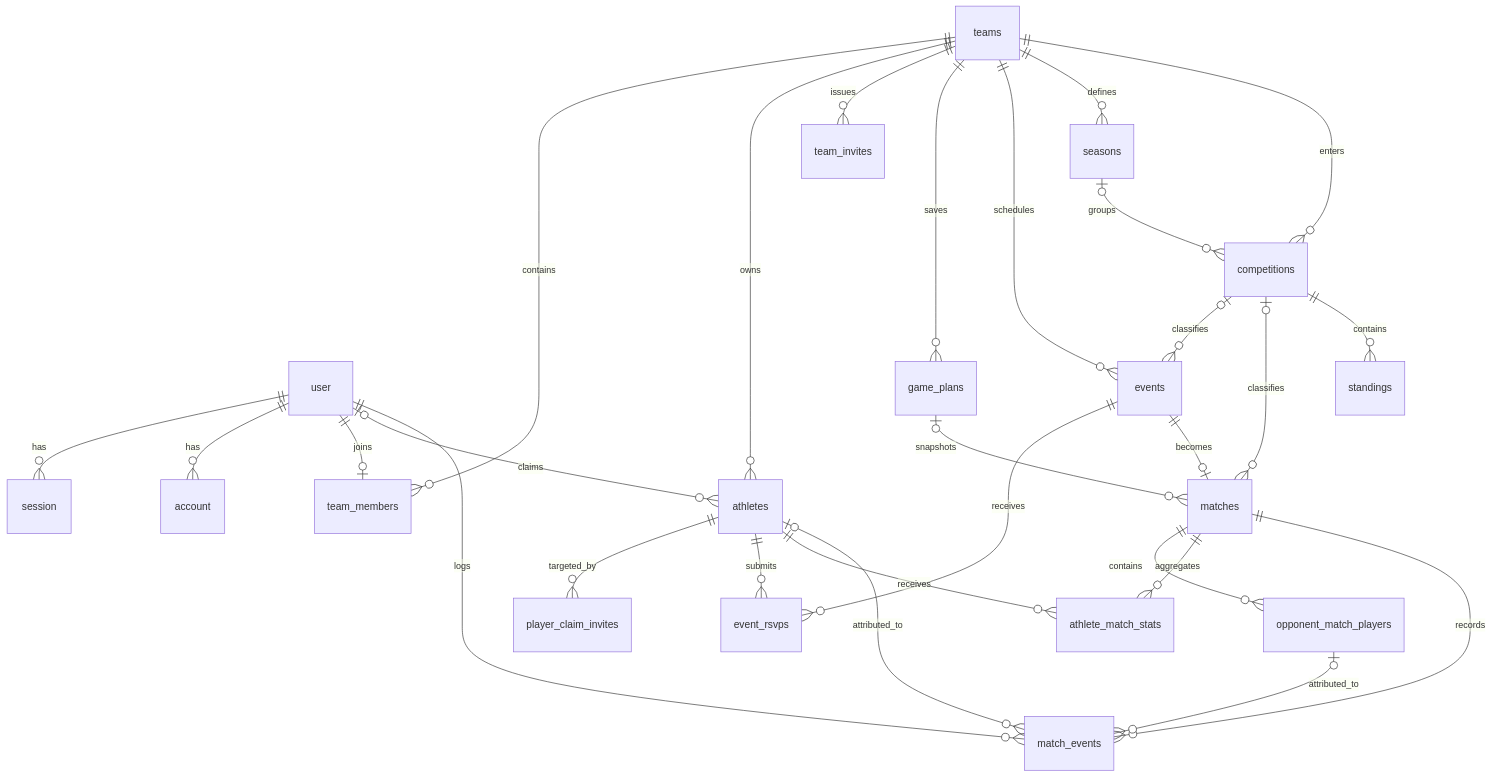
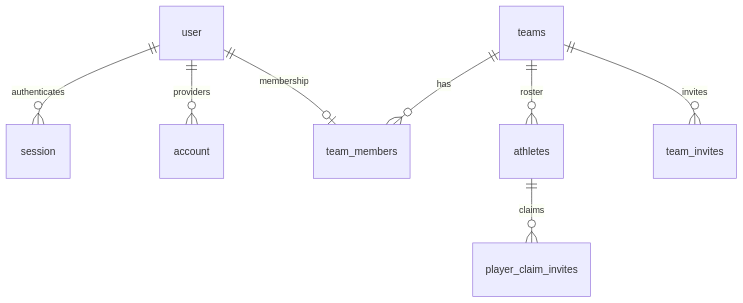
One commit to nayan-m15/SDP-Project-Documentation changed the first of 6 diagrams in docs/Architecture/data/database-schema.md. Above: the diagram before and after it, drawn with Mermaid. The commit also changed other lines of this file and 22 other files, not shown here.

First line of the commit message:
Rework architecture docs for current source

````diff
--- a/docs/Architecture/data/database-schema.md
+++ b/docs/Architecture/data/database-schema.md
@@ -9,30 +11,10 @@
 ```mermaid
 erDiagram
-  user ||--o{ session : has
-  user ||--o{ account : has
-  user ||--o| team_members : joins
-  teams ||--o{ team_members : contains
-  teams ||--o{ athletes : owns
-  user o|--o{ athletes : claims
-  athletes ||--o{ player_claim_invites : targeted_by
-  teams ||--o{ team_invites : issues
-  teams ||--o{ game_plans : saves
-  teams ||--o{ events : schedules
-  events ||--o{ event_rsvps : receives
-  athletes ||--o{ event_rsvps : submits
-  teams ||--o{ seasons : defines
-  teams ||--o{ competitions : enters
-  seasons o|--o{ competitions : groups
-  competitions o|--o{ events : classifies
-  events ||--o| matches : becomes
-  competitions o|--o{ matches : classifies
-  game_plans o|--o{ matches : snapshots
-  matches ||--o{ opponent_match_players : contains
-  matches ||--o{ athlete_match_stats : aggregates
-  athletes ||--o{ athlete_match_stats : receives
-  competitions ||--o{ standings : contains
-  matches ||--o{ match_events : records
-  athletes o|--o{ match_events : attributed_to
-  opponent_match_players o|--o{ match_events : attributed_to
-  user ||--o{ match_events : logs
+  user ||--o{ session : authenticates
+  user ||--o{ account : providers
+  user ||--o| team_members : membership
+  teams ||--o{ team_members : has
+  teams ||--o{ athletes : roster
+  athletes ||--o{ player_claim_invites : claims
+  teams ||--o{ team_invites : invites
 ```
````
